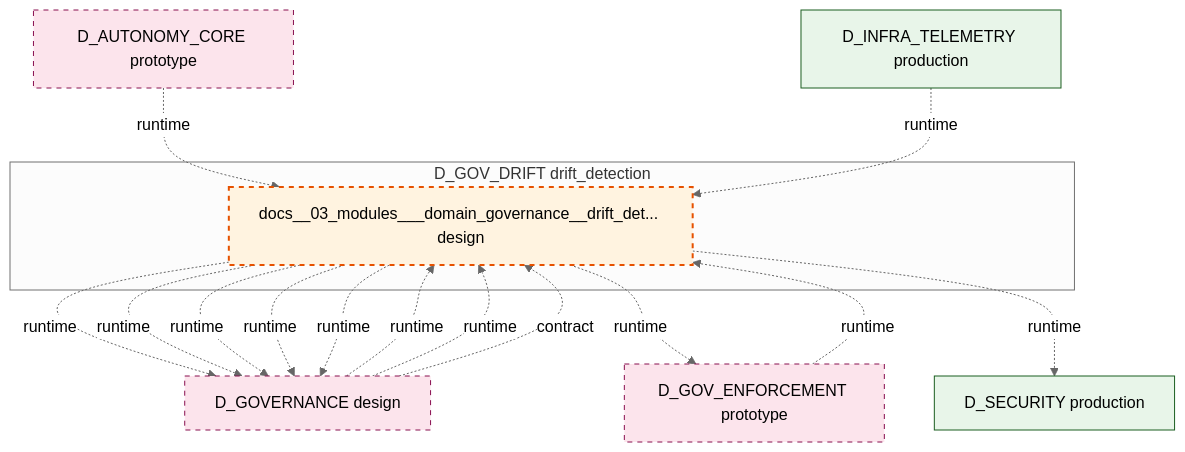
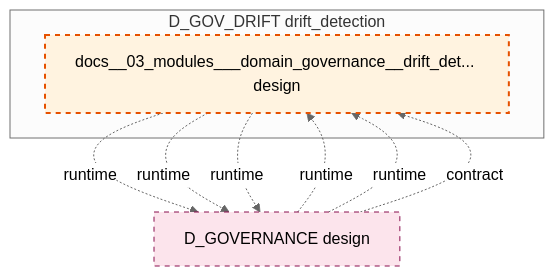
The diagram in docs/02_enterprise_architecture/02_domain_architecture_docs/34_d_gov_drift.md (xuanFelixVan/ZephyrAlpha), drawn with Mermaid (neutral theme) before and after one commit. The commit also changed other lines of this file and 99 other files, not shown here.

````diff
--- a/docs/02_enterprise_architecture/02_domain_architecture_docs/34_d_gov_drift.md
+++ b/docs/02_enterprise_architecture/02_domain_architecture_docs/34_d_gov_drift.md
@@ -47,31 +47,19 @@
 ```mermaid
 graph TD
     subgraph D_GOV_DRIFT["D_GOV_DRIFT drift_detection"]
         docs_03_modules_domain_governance_drift_detector_blueprint_md["docs__03_modules___domain_governance__drift_det... design"]
     end
     D_GOVERNANCE["D_GOVERNANCE design"]
     docs_03_modules_domain_governance_drift_detector_blueprint_md -.->|runtime| D_GOVERNANCE
     docs_03_modules_domain_governance_drift_detector_blueprint_md -.->|runtime| D_GOVERNANCE
-    D_GOV_ENFORCEMENT["D_GOV_ENFORCEMENT prototype"]
-    docs_03_modules_domain_governance_drift_detector_blueprint_md -.->|runtime| D_GOV_ENFORCEMENT
-    D_SECURITY["D_SECURITY production"]
-    docs_03_modules_domain_governance_drift_detector_blueprint_md -.->|runtime| D_SECURITY
     docs_03_modules_domain_governance_drift_detector_blueprint_md -.->|runtime| D_GOVERNANCE
-    docs_03_modules_domain_governance_drift_detector_blueprint_md -.->|runtime| D_GOVERNANCE
-    docs_03_modules_domain_governance_drift_detector_blueprint_md -.->|runtime| D_GOVERNANCE
-    D_GOV_ENFORCEMENT -.->|runtime| docs_03_modules_domain_governance_drift_detector_blueprint_md
     D_GOVERNANCE -.->|runtime| docs_03_modules_domain_governance_drift_detector_blueprint_md
     D_GOVERNANCE -.->|runtime| docs_03_modules_domain_governance_drift_detector_blueprint_md
     D_GOVERNANCE -.->|contract| docs_03_modules_domain_governance_drift_detector_blueprint_md
-    D_AUTONOMY_CORE["D_AUTONOMY_CORE prototype"]
-    D_AUTONOMY_CORE -.->|runtime| docs_03_modules_domain_governance_drift_detector_blueprint_md
-    D_INFRA_TELEMETRY["D_INFRA_TELEMETRY production"]
-    D_INFRA_TELEMETRY -.->|runtime| docs_03_modules_domain_governance_drift_detector_blueprint_md
     classDef production fill:#e1f5fe,stroke:#01579b,stroke-width:2px,color:#000
     classDef design fill:#fff3e0,stroke:#e65100,stroke-width:2px,color:#000,stroke-dasharray: 5 5
     classDef external_prod fill:#e8f5e9,stroke:#1b5e20,stroke-width:1px,color:#000
     classDef external_design fill:#fce4ec,stroke:#880e4f,stroke-width:1px,color:#000,stroke-dasharray: 5 5
     class docs_03_modules_domain_governance_drift_detector_blueprint_md design
-    class D_SECURITY,D_INFRA_TELEMETRY external_prod
-    class D_GOVERNANCE,D_GOV_ENFORCEMENT,D_AUTONOMY_CORE external_design
+    class D_GOVERNANCE external_design
 ```
````
